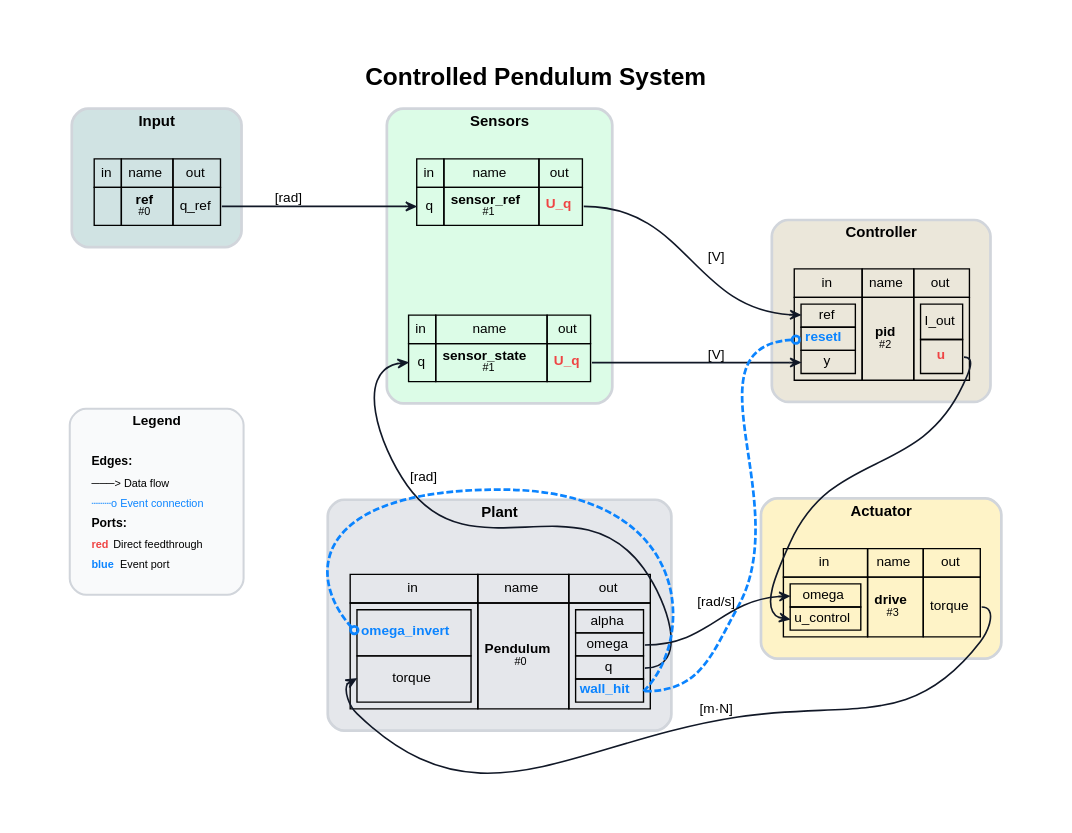
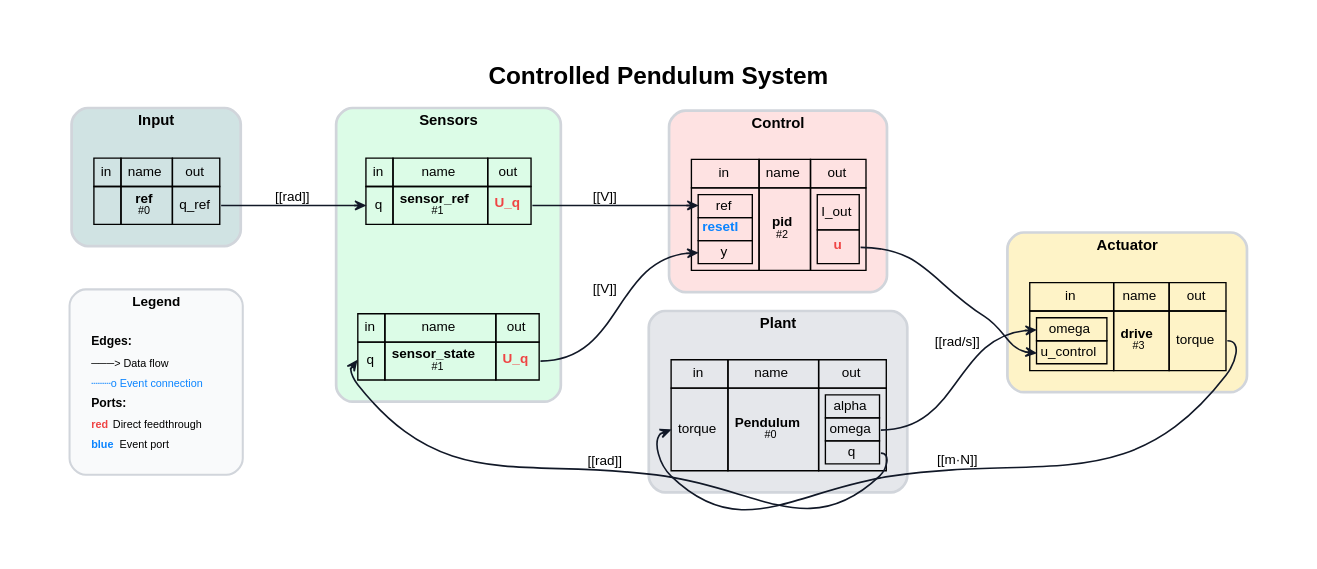
Before and after one commit to FlorianFrech/SystemSimulation: the diagram in demos/ControlledPendulum/Digraph.gv, drawn with Graphviz. The commit also changed 496 other files, not shown here.

```diff
--- a/demos/ControlledPendulum/Digraph.gv
+++ b/demos/ControlledPendulum/Digraph.gv
@@ -1,49 +1,47 @@
 // System: Controlled Pendulum System
 digraph {
 	graph [bgcolor=white compound=true esep=0 fontname="Helvetica-Bold" fontsize=18 label="Controlled Pendulum System" labelloc=t margin=0.2 nodesep=0.8 pad=0.5 rankdir=LR ranksep=0.8 sep=0 splines=true]
 	node [fillcolor=white fontname=Helvetica fontsize=10 margin="0.05,0.05" shape=plaintext style=""]
 	edge [arrowhead=vee arrowsize=0.7 arrowtail=none color="#111827" dir=forward fontname=Helvetica fontsize=10 labelangle=45 labelfontcolor="#374151" minlen=1.2 penwidth=1.2]
 	subgraph cluster_legend {
 		bgcolor="#f9fafb" color="#d1d5db" fontname="Helvetica-Bold" fontsize=10 label=Legend margin=8 penwidth=1.5 rank=sink style=rounded
 		legend_node [label=<
             <TABLE BORDER="0" CELLBORDER="0" CELLSPACING="2" CELLPADDING="2">
                 <TR><TD ALIGN="LEFT"><FONT POINT-SIZE="9"><B>Edges:</B></FONT></TD></TR>
                 <TR><TD ALIGN="LEFT"><FONT POINT-SIZE="8">───&gt; Data flow</FONT></TD></TR>
                 <TR><TD ALIGN="LEFT"><FONT POINT-SIZE="8" COLOR="#0b84ff">┄┄┄o Event connection</FONT></TD></TR>
                 <TR><TD ALIGN="LEFT"><FONT POINT-SIZE="9"><B>Ports:</B></FONT></TD></TR>
                 <TR><TD ALIGN="LEFT"><FONT POINT-SIZE="8" COLOR="#ef4444"><B>red</B></FONT> Direct feedthrough</TD></TR>
                 <TR><TD ALIGN="LEFT"><FONT POINT-SIZE="8" COLOR="#0b84ff"><B>blue</B></FONT> Event port</TD></TR>
             </TABLE>
             > fontsize=8 shape=plaintext]
 	}
 	subgraph cluster_Input {
 		bgcolor="#d0e3e3" color="#d1d5db" fontname="Helvetica-Bold" fontsize=11 label=Input margin=12 penwidth=2 style=rounded
 		ref [label=<<TABLE BORDER="0" CELLBORDER="1" CELLSPACING="0" CELLPADDING="4"><TR><TD>in</TD><TD>name</TD><TD>out</TD></TR><TR><TD></TD><TD><B>ref</B><BR/><FONT POINT-SIZE="8">#0</FONT></TD><TD PORT="q_ref">q_ref</TD></TR></TABLE>>]
 	}
 	subgraph cluster_Sensors {
 		bgcolor="#dcfce7" color="#d1d5db" fontname="Helvetica-Bold" fontsize=11 label=Sensors margin=12 penwidth=2 style=rounded
 		sensor_ref [label=<<TABLE BORDER="0" CELLBORDER="1" CELLSPACING="0" CELLPADDING="4"><TR><TD>in</TD><TD>name</TD><TD>out</TD></TR><TR><TD PORT="q">q</TD><TD><B>sensor_ref</B><BR/><FONT POINT-SIZE="8">#1</FONT></TD><TD PORT="U_q"><FONT COLOR="#ef4444"><B>U_q</B></FONT></TD></TR></TABLE>>]
 		sensor_state [label=<<TABLE BORDER="0" CELLBORDER="1" CELLSPACING="0" CELLPADDING="4"><TR><TD>in</TD><TD>name</TD><TD>out</TD></TR><TR><TD PORT="q">q</TD><TD><B>sensor_state</B><BR/><FONT POINT-SIZE="8">#1</FONT></TD><TD PORT="U_q"><FONT COLOR="#ef4444"><B>U_q</B></FONT></TD></TR></TABLE>>]
 	}
-	subgraph cluster_Controller {
-		bgcolor="#ebe7da" color="#d1d5db" fontname="Helvetica-Bold" fontsize=11 label=Controller margin=12 penwidth=2 style=rounded
+	subgraph cluster_Control {
+		bgcolor="#fee2e2" color="#d1d5db" fontname="Helvetica-Bold" fontsize=11 label=Control margin=12 penwidth=2 style=rounded
 		pid [label=<<TABLE BORDER="0" CELLBORDER="1" CELLSPACING="0" CELLPADDING="4"><TR><TD>in</TD><TD>name</TD><TD>out</TD></TR><TR><TD><TABLE BORDER="0" CELLBORDER="1" CELLSPACING="0" CELLPADDING="2"><TR><TD PORT="ref">ref</TD></TR><TR><TD PORT="resetI"><FONT COLOR="#0b84ff"><B>resetI</B></FONT></TD></TR><TR><TD PORT="y">y</TD></TR></TABLE></TD><TD><B>pid</B><BR/><FONT POINT-SIZE="8">#2</FONT></TD><TD><TABLE BORDER="0" CELLBORDER="1" CELLSPACING="0" CELLPADDING="2"><TR><TD PORT="I_out">I_out</TD></TR><TR><TD PORT="u"><FONT COLOR="#ef4444"><B>u</B></FONT></TD></TR></TABLE></TD></TR></TABLE>>]
 	}
 	subgraph cluster_Actuator {
 		bgcolor="#fef3c7" color="#d1d5db" fontname="Helvetica-Bold" fontsize=11 label=Actuator margin=12 penwidth=2 style=rounded
 		drive [label=<<TABLE BORDER="0" CELLBORDER="1" CELLSPACING="0" CELLPADDING="4"><TR><TD>in</TD><TD>name</TD><TD>out</TD></TR><TR><TD><TABLE BORDER="0" CELLBORDER="1" CELLSPACING="0" CELLPADDING="2"><TR><TD PORT="omega">omega</TD></TR><TR><TD PORT="u_control">u_control</TD></TR></TABLE></TD><TD><B>drive</B><BR/><FONT POINT-SIZE="8">#3</FONT></TD><TD PORT="torque">torque</TD></TR></TABLE>>]
 	}
 	subgraph cluster_Plant {
 		bgcolor="#e5e7eb" color="#d1d5db" fontname="Helvetica-Bold" fontsize=11 label=Plant margin=12 penwidth=2 style=rounded
-		Pendulum [label=<<TABLE BORDER="0" CELLBORDER="1" CELLSPACING="0" CELLPADDING="4"><TR><TD>in</TD><TD>name</TD><TD>out</TD></TR><TR><TD><TABLE BORDER="0" CELLBORDER="1" CELLSPACING="0" CELLPADDING="2"><TR><TD PORT="omega_invert"><FONT COLOR="#0b84ff"><B>omega_invert</B></FONT></TD></TR><TR><TD PORT="torque">torque</TD></TR></TABLE></TD><TD><B>Pendulum</B><BR/><FONT POINT-SIZE="8">#0</FONT></TD><TD><TABLE BORDER="0" CELLBORDER="1" CELLSPACING="0" CELLPADDING="2"><TR><TD PORT="alpha">alpha</TD></TR><TR><TD PORT="omega">omega</TD></TR><TR><TD PORT="q">q</TD></TR><TR><TD PORT="wall_hit"><FONT COLOR="#0b84ff"><B>wall_hit</B></FONT></TD></TR></TABLE></TD></TR></TABLE>>]
+		Pendulum [label=<<TABLE BORDER="0" CELLBORDER="1" CELLSPACING="0" CELLPADDING="4"><TR><TD>in</TD><TD>name</TD><TD>out</TD></TR><TR><TD PORT="torque">torque</TD><TD><B>Pendulum</B><BR/><FONT POINT-SIZE="8">#0</FONT></TD><TD><TABLE BORDER="0" CELLBORDER="1" CELLSPACING="0" CELLPADDING="2"><TR><TD PORT="alpha">alpha</TD></TR><TR><TD PORT="omega">omega</TD></TR><TR><TD PORT="q">q</TD></TR></TABLE></TD></TR></TABLE>>]
 	}
-	ref -> sensor_ref [label="[rad]" color="#111827" headclip=true headport="q:w" style=solid tailclip=true tailport="q_ref:e"]
-	Pendulum -> sensor_state [label="[rad]" color="#111827" headclip=true headport="q:w" style=solid tailclip=true tailport="q:e"]
-	sensor_ref -> pid [label="[V]" color="#111827" headclip=true headport="ref:w" style=solid tailclip=true tailport="U_q:e"]
-	sensor_state -> pid [label="[V]" color="#111827" headclip=true headport="y:w" style=solid tailclip=true tailport="U_q:e"]
+	ref -> sensor_ref [label="[[rad]]" color="#111827" headclip=true headport="q:w" style=solid tailclip=true tailport="q_ref:e"]
+	Pendulum -> sensor_state [label="[[rad]]" color="#111827" headclip=true headport="q:w" style=solid tailclip=true tailport="q:e"]
+	sensor_ref -> pid [label="[[V]]" color="#111827" headclip=true headport="ref:w" style=solid tailclip=true tailport="U_q:e"]
+	sensor_state -> pid [label="[[V]]" color="#111827" headclip=true headport="y:w" style=solid tailclip=true tailport="U_q:e"]
 	pid -> drive [label="" color="#111827" headclip=true headport="u_control:w" style=solid tailclip=true tailport="u:e"]
-	drive -> Pendulum [label="[m·N]" color="#111827" headclip=true headport="torque:w" style=solid tailclip=true tailport="torque:e"]
-	Pendulum -> drive [label="[rad/s]" color="#111827" headclip=true headport="omega:w" style=solid tailclip=true tailport="omega:e"]
-	Pendulum -> Pendulum [label="" arrowhead=odot color="#0b84ff" fontcolor="#0b84ff" headclip=true headport="omega_invert:w" penwidth=2.0 style=dashed tailclip=true tailport="wall_hit:e"]
-	Pendulum -> pid [label="" arrowhead=odot color="#0b84ff" fontcolor="#0b84ff" headclip=true headport="resetI:w" penwidth=2.0 style=dashed tailclip=true tailport="wall_hit:e"]
+	drive -> Pendulum [label="[[m·N]]" color="#111827" headclip=true headport="torque:w" style=solid tailclip=true tailport="torque:e"]
+	Pendulum -> drive [label="[[rad/s]]" color="#111827" headclip=true headport="omega:w" style=solid tailclip=true tailport="omega:e"]
 }
```
